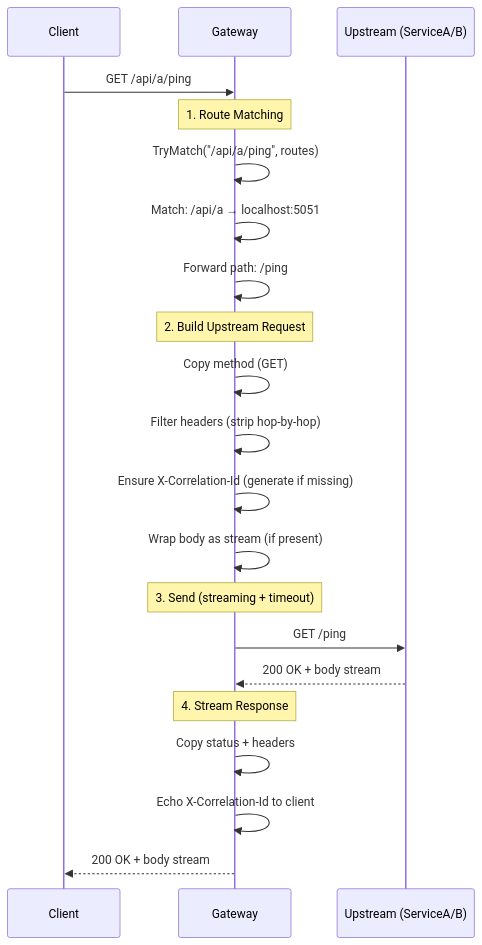
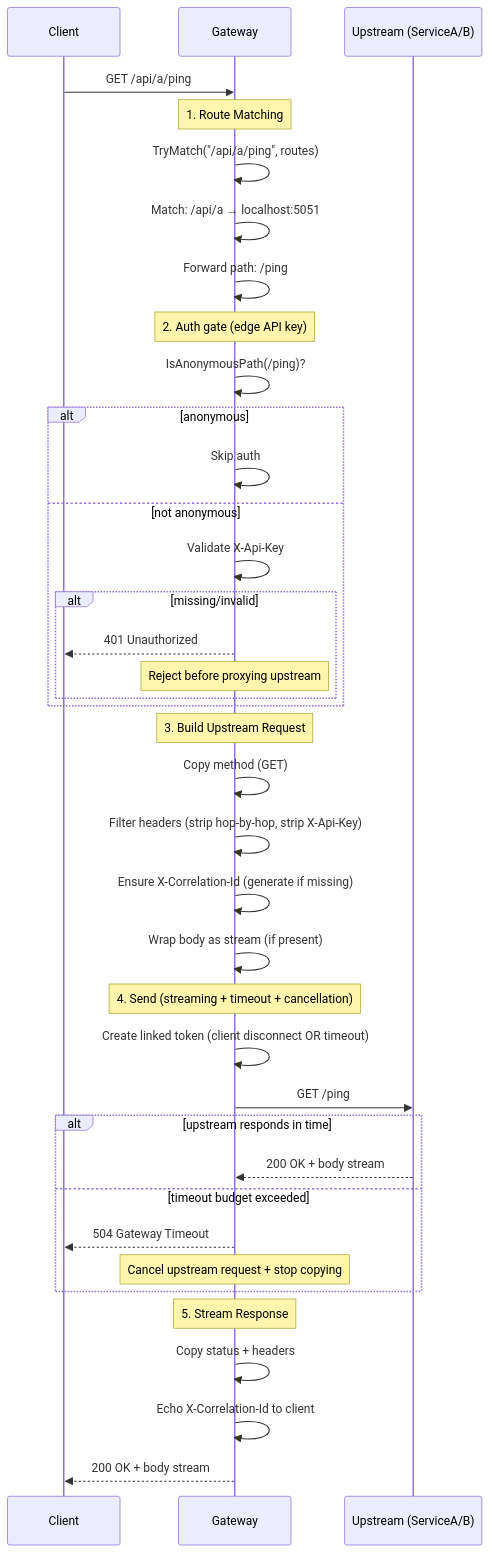
One commit to Am64r/mini-gateway changed the first of 2 diagrams in README.md. Above: the diagram before and after it, drawn with Mermaid. The commit also changed other lines of this file and 6 other files, not shown here.

Commit message:
added API key authentication with per-route anonymous allow-list

````diff
--- a/README.md
+++ b/README.md
@@ -7,28 +7,46 @@
 ```mermaid
 sequenceDiagram
     participant C as Client
     participant G as Gateway
     participant U as Upstream (ServiceA/B)
 
     C->>G: GET /api/a/ping
     
     Note over G: 1. Route Matching
     G->>G: TryMatch("/api/a/ping", routes)
     G->>G: Match: /api/a → localhost:5051
     G->>G: Forward path: /ping
+
+    Note over G: 2. Auth gate (edge API key)
+    G->>G: IsAnonymousPath(/ping)?
+    alt anonymous
+        G->>G: Skip auth
+    else not anonymous
+        G->>G: Validate X-Api-Key
+        alt missing/invalid
+            G-->>C: 401 Unauthorized
+            Note over G: Reject before proxying upstream
+        end
+    end
     
-    Note over G: 2. Build Upstream Request
+    Note over G: 3. Build Upstream Request
     G->>G: Copy method (GET)
-    G->>G: Filter headers (strip hop-by-hop)
+    G->>G: Filter headers (strip hop-by-hop, strip X-Api-Key)
     G->>G: Ensure X-Correlation-Id (generate if missing)
     G->>G: Wrap body as stream (if present)
     
-    Note over G: 3. Send (streaming + timeout)
+    Note over G: 4. Send (streaming + timeout + cancellation)
+    G->>G: Create linked token (client disconnect OR timeout)
     G->>U: GET /ping
-    U-->>G: 200 OK + body stream
+    alt upstream responds in time
+        U-->>G: 200 OK + body stream
+    else timeout budget exceeded
+        G-->>C: 504 Gateway Timeout
+        Note over G: Cancel upstream request + stop copying
+    end
     
-    Note over G: 4. Stream Response
+    Note over G: 5. Stream Response
     G->>G: Copy status + headers
     G->>G: Echo X-Correlation-Id to client
     G-->>C: 200 OK + body stream
 ```
````
